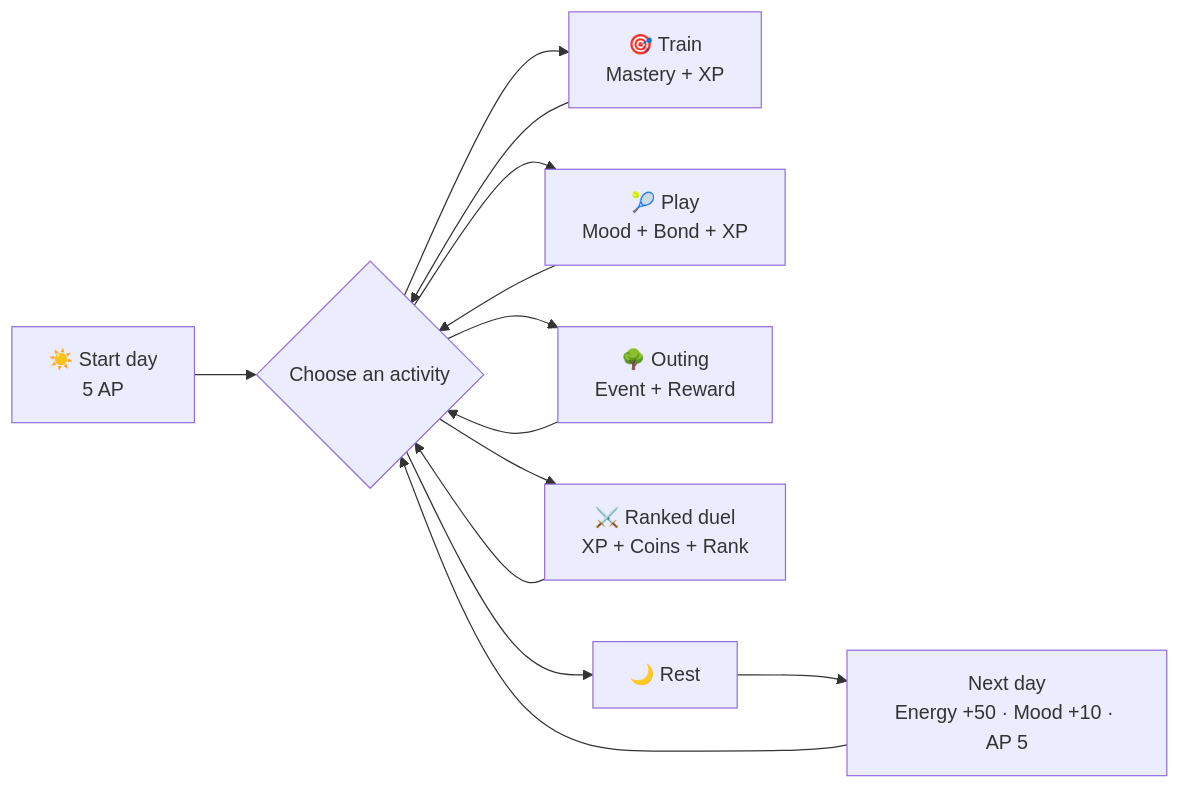
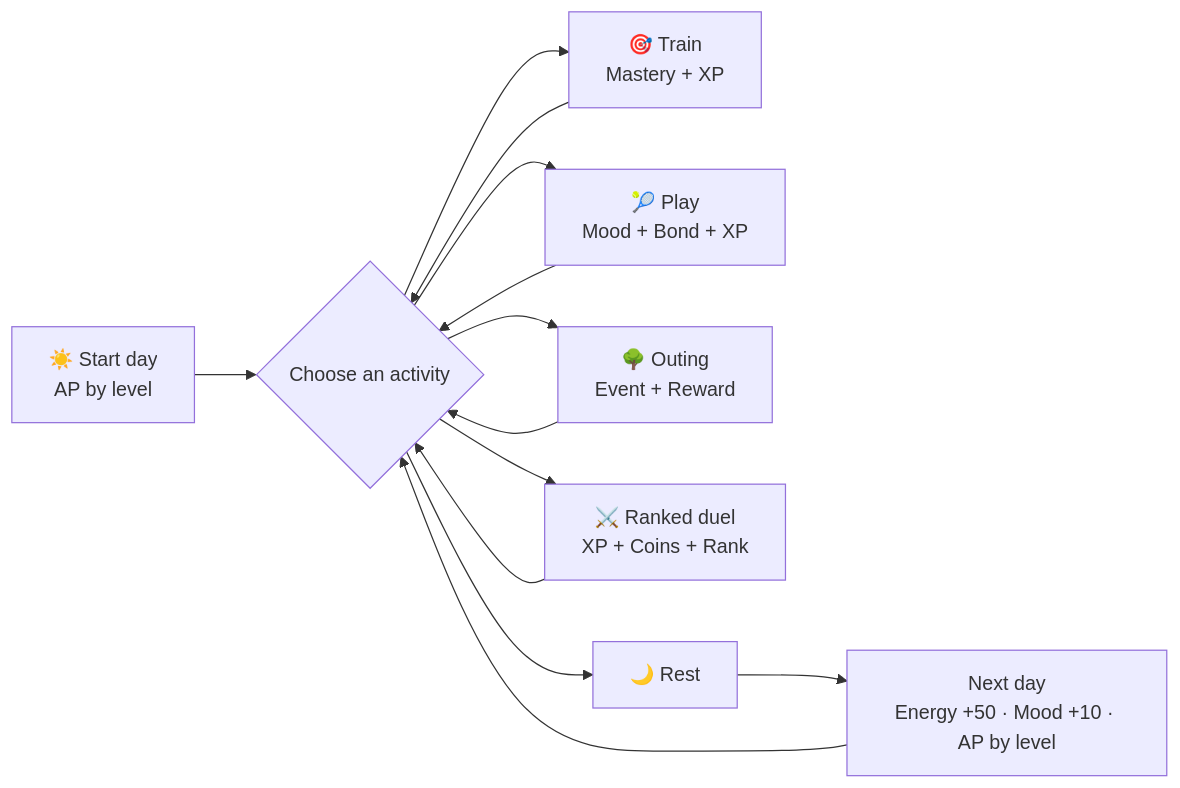
One commit to weipan84578/Games_Workshop changed the first of 6 diagrams in Pet_Simulation_Game/README.md. Above: the diagram before and after it, drawn with Mermaid. The commit also changed other lines of this file and 38 other files, not shown here.

````diff
--- a/Pet_Simulation_Game/README.md
+++ b/Pet_Simulation_Game/README.md
@@ -126,15 +129,15 @@
 ```mermaid
 flowchart LR
-    Start[☀️ Start day<br>5 AP] --> Choose{Choose an activity}
+    Start[☀️ Start day<br>AP by level] --> Choose{Choose an activity}
     Choose --> Train[🎯 Train<br>Mastery + XP]
     Choose --> Play[🎾 Play<br>Mood + Bond + XP]
     Choose --> Outing[🌳 Outing<br>Event + Reward]
     Choose --> Duel[⚔️ Ranked duel<br>XP + Coins + Rank]
     Train --> Choose
     Play --> Choose
     Outing --> Choose
     Duel --> Choose
     Choose --> Rest[🌙 Rest]
-    Rest --> Next[Next day<br>Energy +50 · Mood +10 · AP 5]
+    Rest --> Next[Next day<br>Energy +50 · Mood +10 · AP by level]
     Next --> Choose
 ```
````
